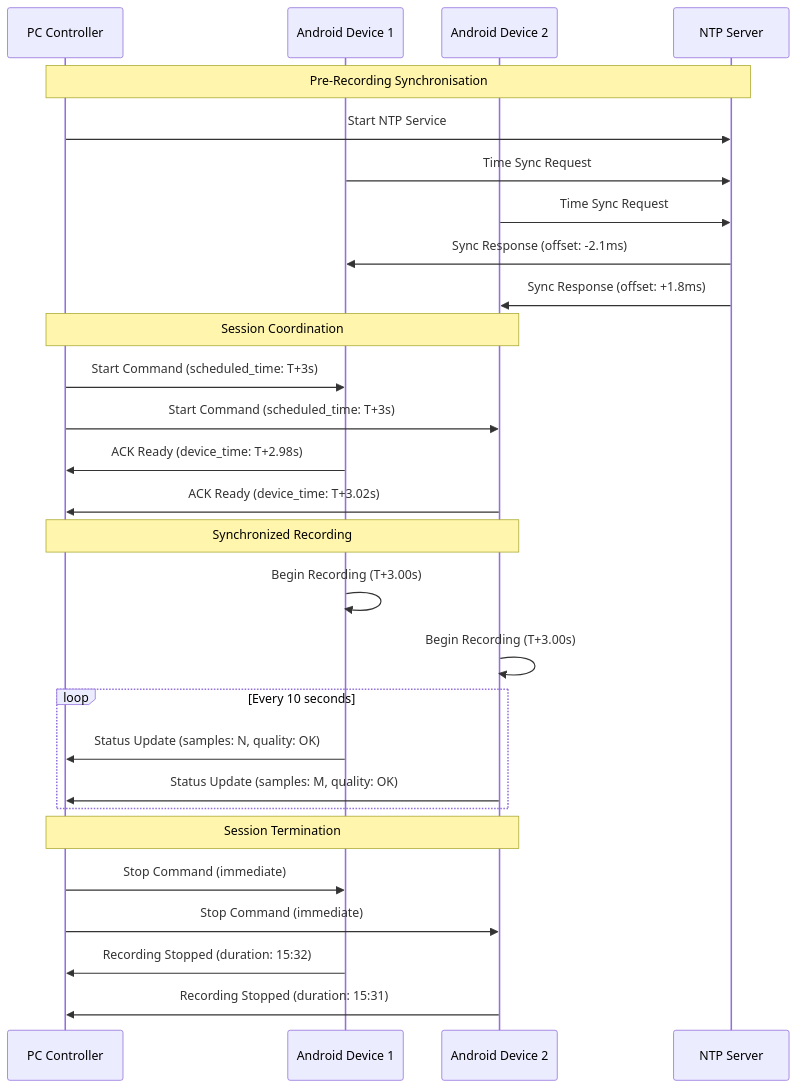
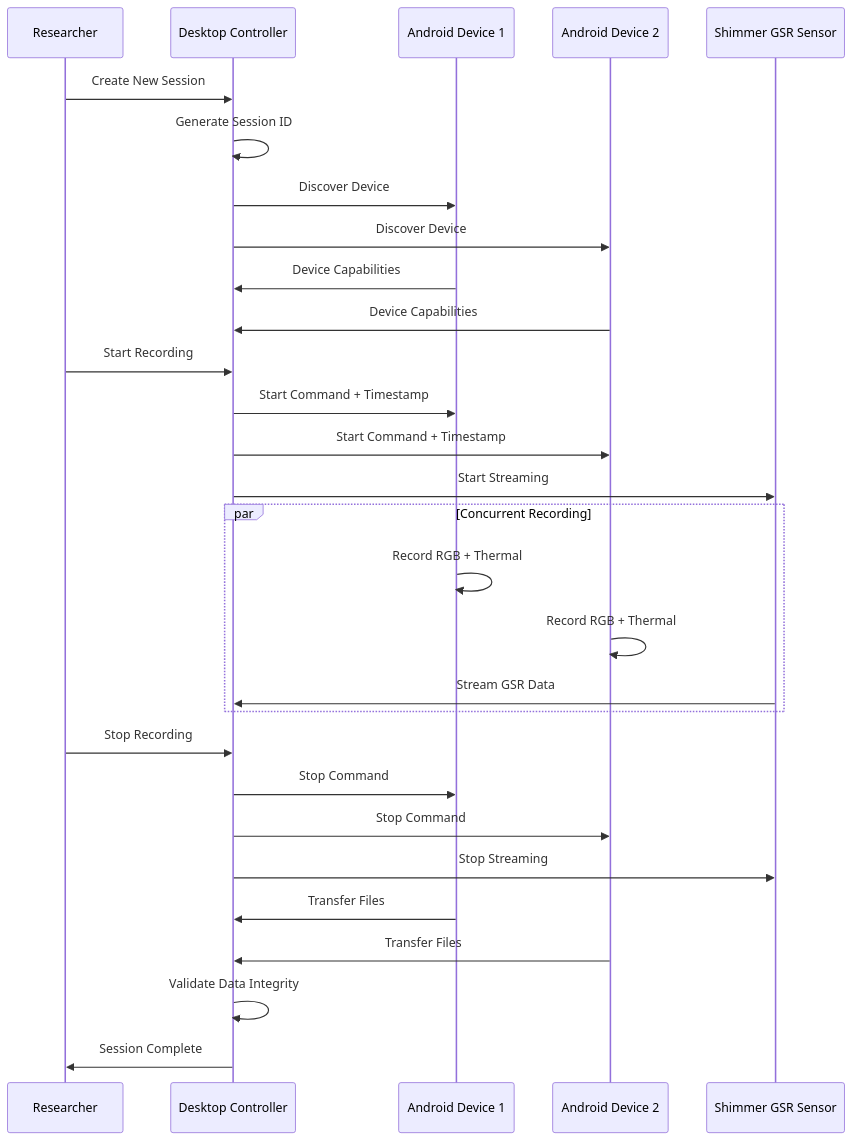
The seventh of 15 diagrams in docs/thesis_report/final/appendix_z_consolidated_figures.md (buccancs/fyp-multi-sensor-recording-system), drawn with Mermaid before and after one commit. The commit also changed other lines of this file and 2 other files, not shown here.

````diff
--- a/docs/thesis_report/final/appendix_z_consolidated_figures.md
+++ b/docs/thesis_report/final/appendix_z_consolidated_figures.md
@@ -394,36 +279,36 @@
 ```mermaid
 sequenceDiagram
-    participant PC as PC Controller
+    participant R as Researcher
+    participant PC as Desktop Controller
     participant A1 as Android Device 1
     participant A2 as Android Device 2
-    participant NTP as NTP Server
+    participant S as Shimmer GSR Sensor
     
-    Note over PC,NTP: Pre-Recording Synchronisation
-    PC->>NTP: Start NTP Service
-    A1->>NTP: Time Sync Request
-    A2->>NTP: Time Sync Request
-    NTP->>A1: Sync Response (offset: -2.1ms)
-    NTP->>A2: Sync Response (offset: +1.8ms)
+    R->>PC: Create New Session
+    PC->>PC: Generate Session ID
+    PC->>A1: Discover Device
+    PC->>A2: Discover Device
+    A1->>PC: Device Capabilities
+    A2->>PC: Device Capabilities
     
-    Note over PC,A2: Session Coordination
-    PC->>A1: Start Command (scheduled_time: T+3s)
-    PC->>A2: Start Command (scheduled_time: T+3s)
+    R->>PC: Start Recording
+    PC->>A1: Start Command + Timestamp
+    PC->>A2: Start Command + Timestamp
+    PC->>S: Start Streaming
     
-    A1->>PC: ACK Ready (device_time: T+2.98s)
-    A2->>PC: ACK Ready (device_time: T+3.02s)
-    
-    Note over PC,A2: Synchronized Recording
-    A1->>A1: Begin Recording (T+3.00s)
-    A2->>A2: Begin Recording (T+3.00s)
-    
-    loop Every 10 seconds
-        A1->>PC: Status Update (samples: N, quality: OK)
-        A2->>PC: Status Update (samples: M, quality: OK)
+    par Concurrent Recording
+        A1->>A1: Record RGB + Thermal
+        A2->>A2: Record RGB + Thermal  
+        S->>PC: Stream GSR Data
     end
     
-    Note over PC,A2: Session Termination
-    PC->>A1: Stop Command (immediate)
-    PC->>A2: Stop Command (immediate)
-    A1->>PC: Recording Stopped (duration: 15:32)
-    A2->>PC: Recording Stopped (duration: 15:31)
+    R->>PC: Stop Recording
+    PC->>A1: Stop Command
+    PC->>A2: Stop Command
+    PC->>S: Stop Streaming
+    
+    A1->>PC: Transfer Files
+    A2->>PC: Transfer Files
+    PC->>PC: Validate Data Integrity
+    PC->>R: Session Complete
 ```
````
